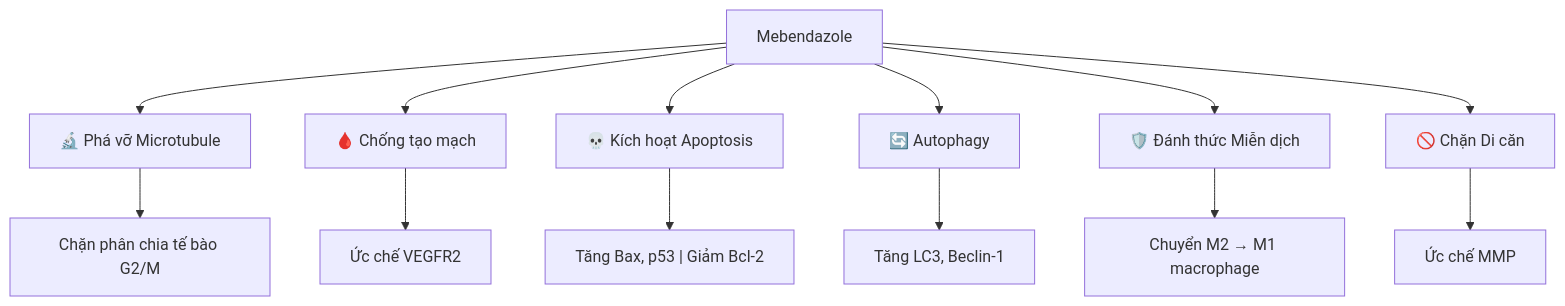
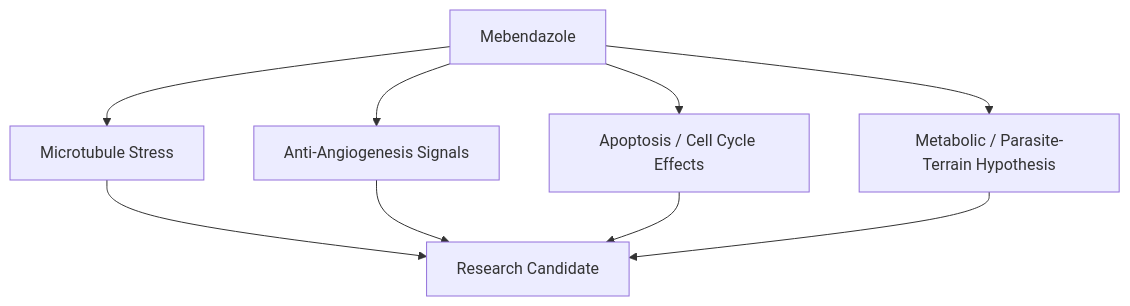
One commit to dyukahi/knowledge changed the diagram in health/Mebendazole - Thuốc Tẩy Giun Chống Ung Thư.md. Above: the diagram before and after it, drawn with Mermaid. The commit also changed other lines of this file and 2 other files, not shown here.

Commit message:
docs: rewrite mebendazole health note

````diff
--- a/health/Mebendazole - Thuốc Tẩy Giun Chống Ung Thư.md
+++ b/health/Mebendazole - Thuốc Tẩy Giun Chống Ung Thư.md
@@ -21,18 +94,11 @@
 ```mermaid
 flowchart TD
-    MBZ["Mebendazole"]
-    
-    MBZ --> A["🔬 Phá vỡ Microtubule"]
-    MBZ --> B["🩸 Chống tạo mạch"]
-    MBZ --> C["💀 Kích hoạt Apoptosis"]
-    MBZ --> D["🔄 Autophagy"]
-    MBZ --> E["🛡️ Đánh thức Miễn dịch"]
-    MBZ --> F["🚫 Chặn Di căn"]
-    
-    A --> A1["Chặn phân chia tế bào G2/M"]
-    B --> B1["Ức chế VEGFR2"]
-    C --> C1["Tăng Bax, p53 | Giảm Bcl-2"]
-    D --> D1["Tăng LC3, Beclin-1"]
-    E --> E1["Chuyển M2 → M1 macrophage"]
-    F --> F1["Ức chế MMP"]
+    MBZ[Mebendazole] --> A[Microtubule Stress]
+    MBZ --> B[Anti-Angiogenesis Signals]
+    MBZ --> C[Apoptosis / Cell Cycle Effects]
+    MBZ --> D[Metabolic / Parasite-Terrain Hypothesis]
+    A --> E[Research Candidate]
+    B --> E
+    C --> E
+    D --> E
 ```
````
